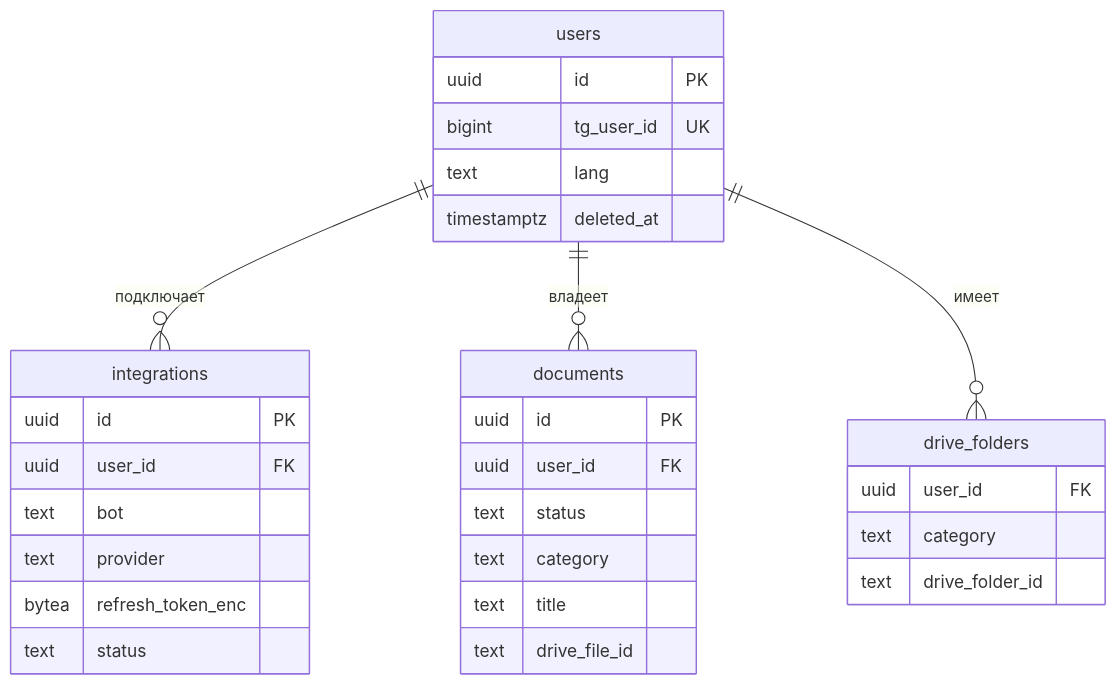
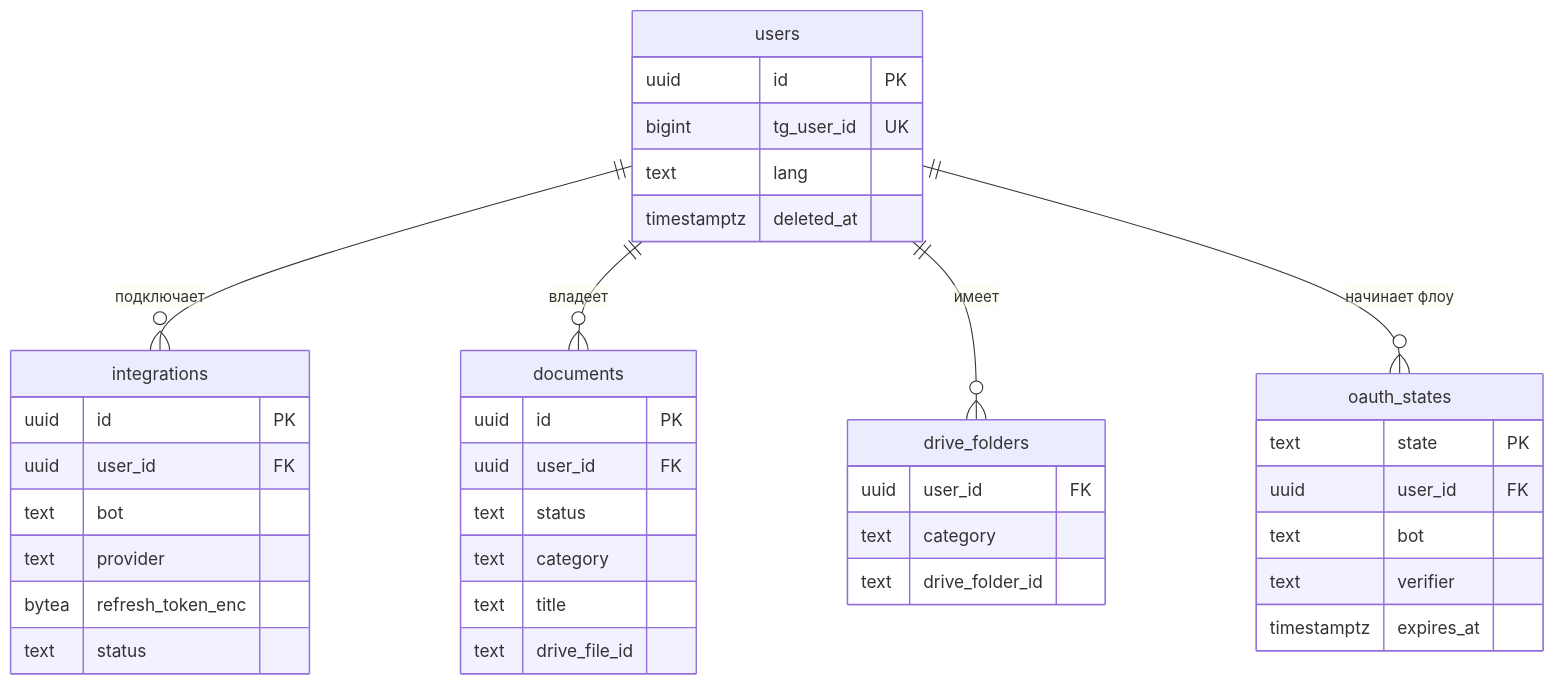
One commit to alexe0110/most-app changed the diagram in docs/model.md. Above: the diagram before and after it, drawn with Mermaid. The commit also changed other lines of this file and 32 other files, not shown here.

````diff
--- a/docs/model.md
+++ b/docs/model.md
@@ -23,34 +24,42 @@
 ```mermaid
 erDiagram
     users ||--o{ integrations : "подключает"
     users ||--o{ documents : "владеет"
     users ||--o{ drive_folders : "имеет"
+    users ||--o{ oauth_states : "начинает флоу"
 
     users {
         uuid id PK
         bigint tg_user_id UK
         text lang
         timestamptz deleted_at
     }
     integrations {
         uuid id PK
         uuid user_id FK
         text bot
         text provider
         bytea refresh_token_enc
         text status
     }
+    oauth_states {
+        text state PK
+        uuid user_id FK
+        text bot
+        text verifier
+        timestamptz expires_at
+    }
     documents {
         uuid id PK
         uuid user_id FK
         text status
         text category
         text title
         text drive_file_id
     }
     drive_folders {
         uuid user_id FK
         text category
         text drive_folder_id
     }
 ```
````
